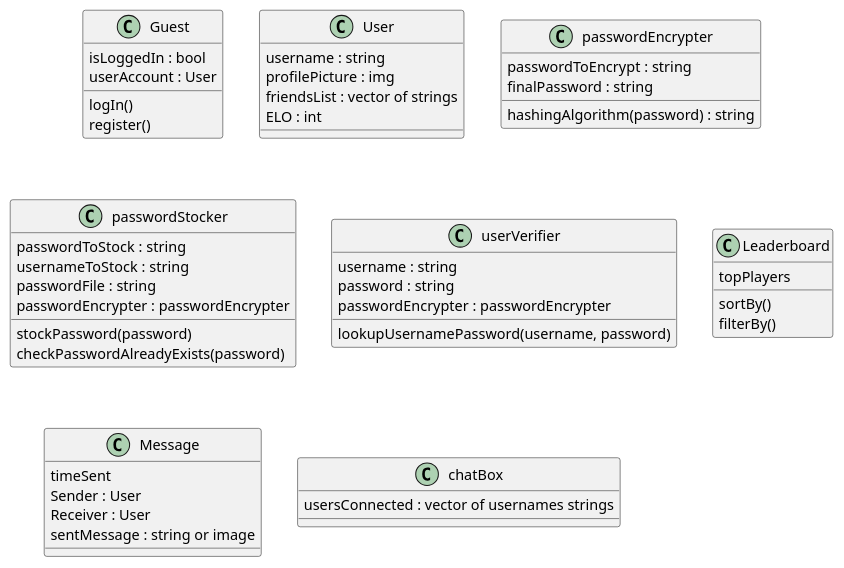
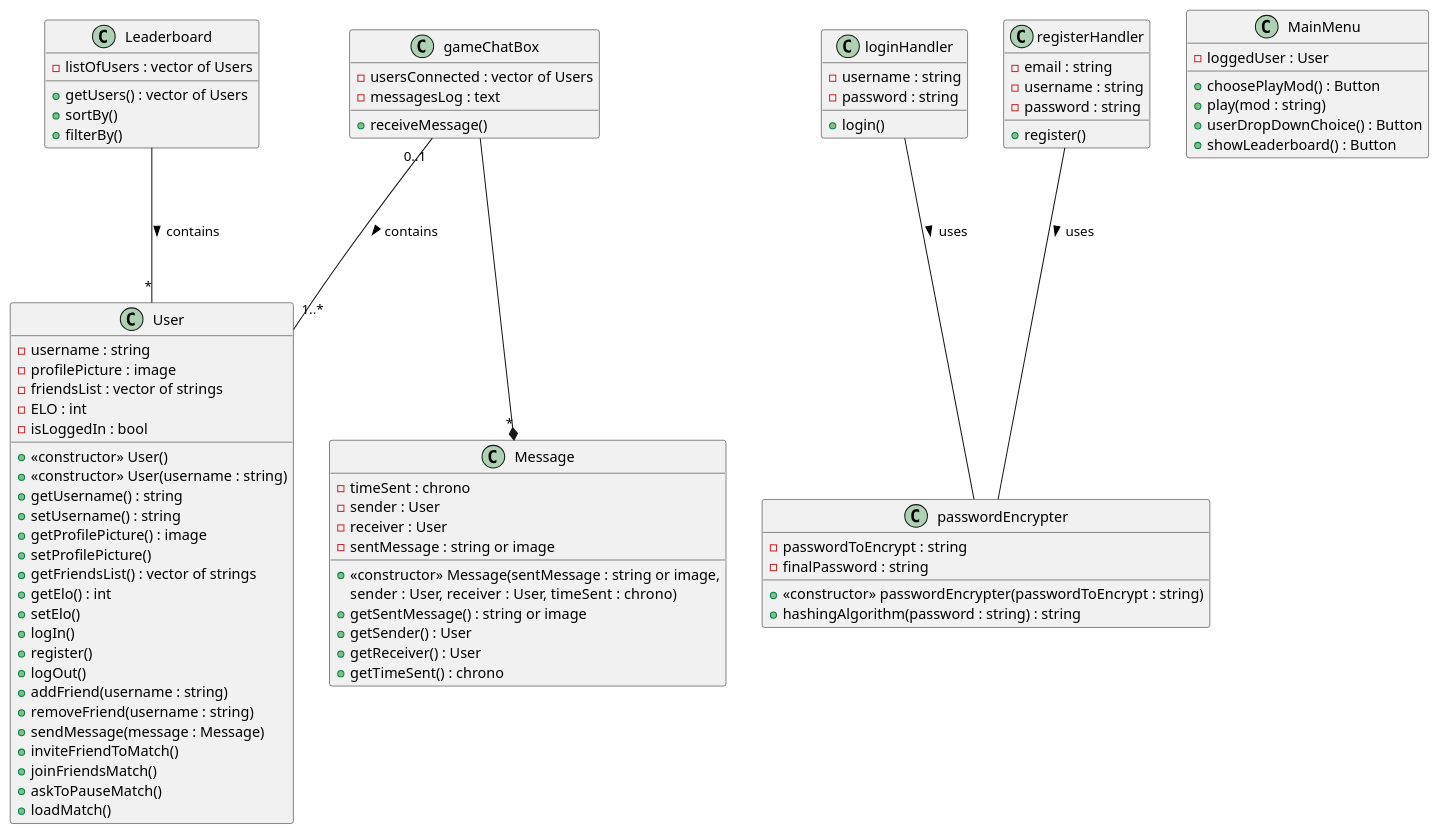
Before and after one commit to fnieri/Quoridor: the diagram in UML_Diagrams/UserSideDiagrams.pu, drawn with PlantUML.

Commit message:
Added User full functionality and cleaned up useless classes

```diff
--- a/UML_Diagrams/UserSideDiagrams.pu
+++ b/UML_Diagrams/UserSideDiagrams.pu
@@ -1,67 +1,110 @@
 @startuml UserSideDiagrams
-class Guest {
-    'Fields
-    isLoggedIn : bool
-    userAccount : User
-    'Methods
-        logIn()
-        register()        
-}
 
 class User {
     'Fields
-        username : string /' (Could also be guest so no username yet) '/
-        profilePicture : img
-        friendsList : vector of strings  /' (Could be empty if no friends. Story of my life :() '/
-        ELO : int
+        - username : string /' (Could also be guest so no username yet) '/
+        - profilePicture : image
+        - friendsList : vector of strings  /' (Could be empty if no friends. Story of my life :() '/
+        - ELO : int
+        - isLoggedIn : bool
+    'Methods
+        + << constructor >> User()
+        +  << constructor >> User(username : string) 
+        + getUsername() : string
+        + setUsername() : string
+        + getProfilePicture() : image
+        + setProfilePicture()
+        + getFriendsList() : vector of strings
+        + getElo() : int
+        + setElo()
+        + logIn()
+        + register()
+        + logOut()
+        + addFriend(username : string)
+        + removeFriend(username : string)
+        + sendMessage(message : Message)
+        + inviteFriendToMatch()
+        + joinFriendsMatch()
+        + askToPauseMatch()
+        + loadMatch()
+        
+
 }
 
 class passwordEncrypter {
     'Fields
-        passwordToEncrypt : string
-        finalPassword : string
+        - passwordToEncrypt : string
+        - finalPassword : string
     'Methods
-        hashingAlgorithm(password) : string
+        +  << constructor >> passwordEncrypter(passwordToEncrypt : string)
+        + hashingAlgorithm(password : string) : string 
 
 }
 
 
-class passwordStocker{
+class Leaderboard {
     'Fields
-        passwordToStock : string
-        usernameToStock : string
-        passwordFile : string /'(File to store passwords to) '/
-        passwordEncrypter : passwordEncrypter
+        - listOfUsers : vector of Users
     'Methods
-        stockPassword(password)
-        checkPasswordAlreadyExists(password)
+        + getUsers() : vector of Users
+        + sortBy()
+        + filterBy()
 }
 
-class userVerifier {
+class Message {
     'Fields
-        username : string
-        password : string
-        passwordEncrypter : passwordEncrypter
+        - timeSent : chrono
+        - sender : User
+        - receiver : User
+        - sentMessage : string or image 
     'Methods
-        lookupUsernamePassword(username, password)
+        + << constructor >> Message(sentMessage : string or image,
+         sender : User, receiver : User, timeSent : chrono)
+        + getSentMessage() : string or image
+        + getSender() : User
+        + getReceiver() : User
+        + getTimeSent() : chrono 
 }
 
-class Leaderboard {
+class gameChatBox {
     'Fields
-        topPlayers /' (Glicko rating + W/L ratio or something like that. Glicko probably takes that into account) '/
+        - usersConnected : vector of Users
+        - messagesLog : text
     'Methods
-        sortBy()
-        filterBy()
-}
-class Message {
-    'Fields
-        timeSent
-        Sender : User
-        Receiver : User
-        sentMessage : string or image    
+        + receiveMessage()
+
 }
 
-class chatBox {
-    usersConnected : vector of usernames strings  
+
+class loginHandler {
+    'Fields
+        - username : string
+        - password : string
+    'Methods
+        + login() 
 }
+
+class registerHandler {
+    'Fields
+        - email : string
+        - username : string
+        - password : string
+    'Methods
+        + register()
+}
+
+class MainMenu {
+    'Fields
+        - loggedUser : User
+    'Methods
+        + choosePlayMod() : Button
+        + play(mod : string)
+        + userDropDownChoice() : Button
+        + showLeaderboard() : Button
+}
+gameChatBox ---* "*" Message  
+gameChatBox "0..1" --- "1..*" User   : > contains
+Leaderboard --- "*" User : > contains 
+loginHandler --- passwordEncrypter : > uses
+registerHandler --- passwordEncrypter : > uses
 @enduml
```
